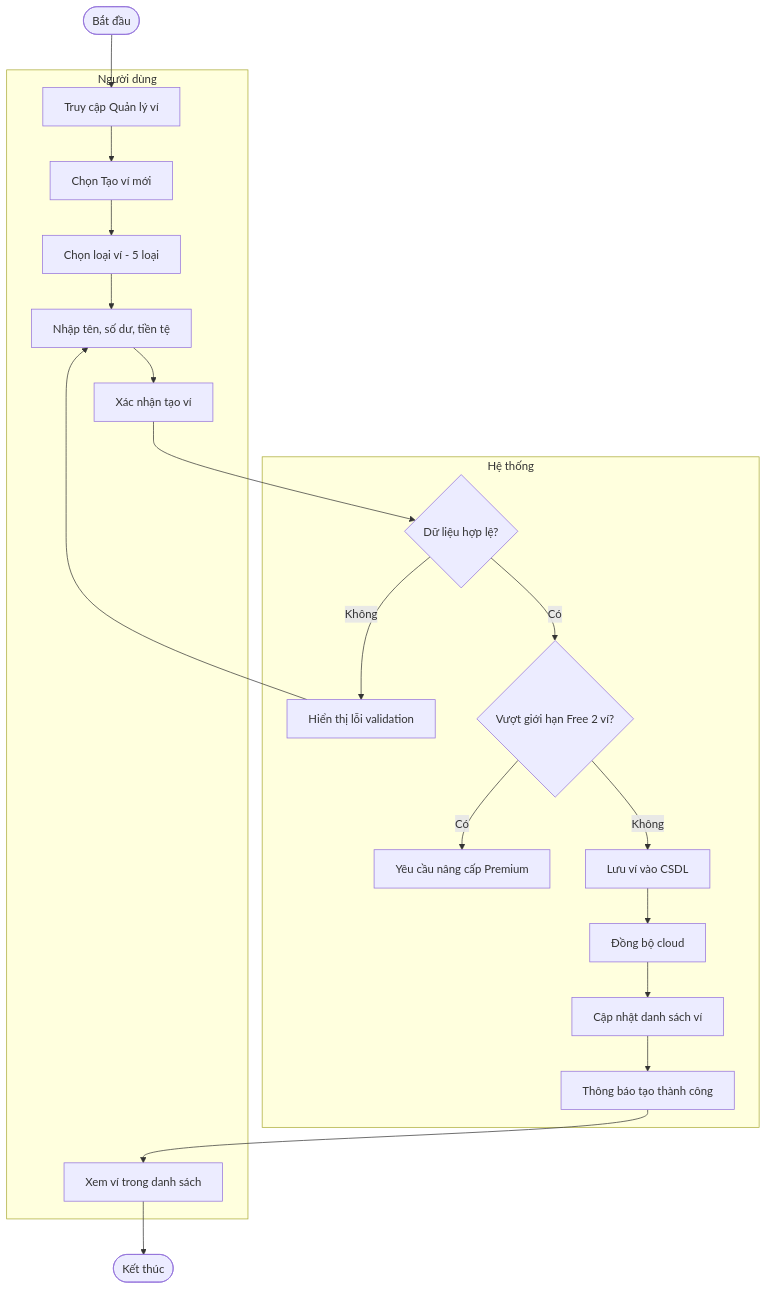
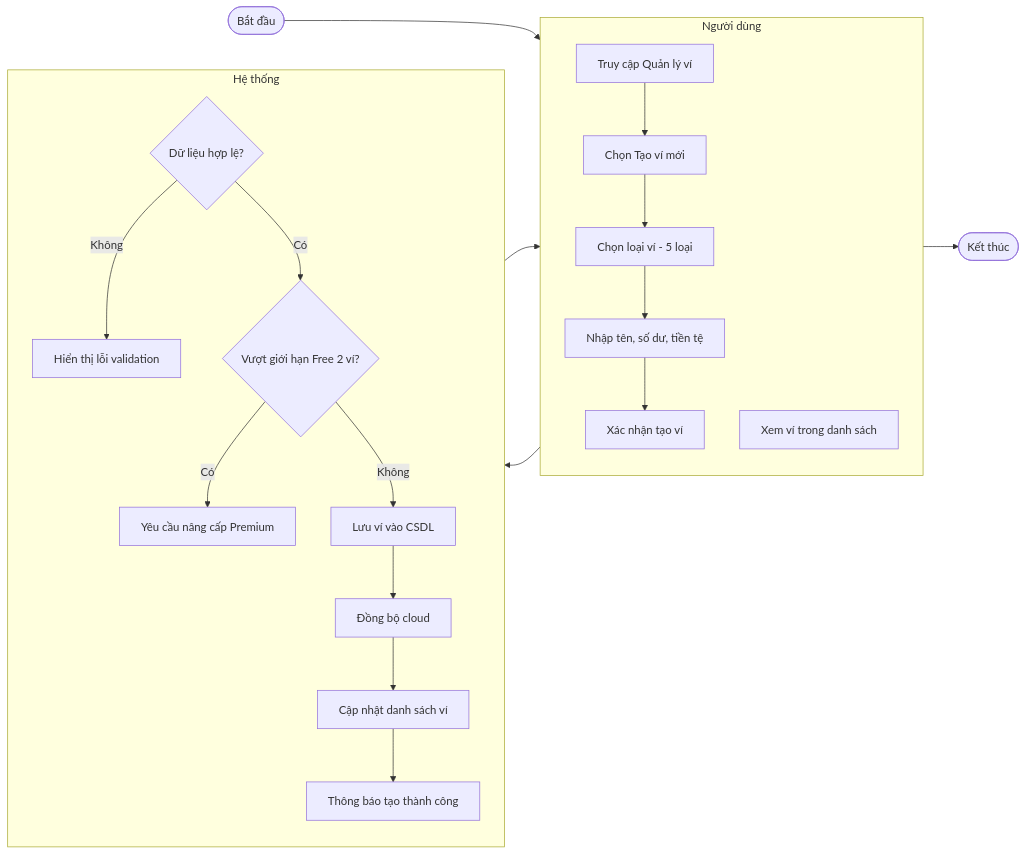
Before and after one commit to Hieu-vn/Graduation-Thesis: the third of 10 diagrams in Nghiên cứu MISA MoneyKeeper.md, drawn with Mermaid. The commit also changed other lines of this file, not shown here.

````diff
--- a/Nghiên cứu MISA MoneyKeeper.md
+++ b/Nghiên cứu MISA MoneyKeeper.md
@@ -135,42 +139,44 @@
 ```mermaid
-flowchart TD
+flowchart LR
     A([Bắt đầu])
 
     subgraph NguoiDung["Người dùng"]
+        direction TB
         B[Truy cập Quản lý ví]
         C[Chọn Tạo ví mới]
         D[Chọn loại ví - 5 loại]
         E[Nhập tên, số dư, tiền tệ]
         F[Xác nhận tạo ví]
         L[Xem ví trong danh sách]
     end
 
     subgraph HeThong["Hệ thống"]
+        direction TB
         G{Dữ liệu hợp lệ?}
         G2[Hiển thị lỗi validation]
         H{Vượt giới hạn Free 2 ví?}
         H2[Yêu cầu nâng cấp Premium]
         I[Lưu ví vào CSDL]
         J[Đồng bộ cloud]
         K[Cập nhật danh sách ví]
         K2[Thông báo tạo thành công]
     end
 
     M([Kết thúc])
 
     A --> B
     B --> C
     C --> D
     D --> E
     E --> F
     F --> G
-    G -->|Không| G2 --> E
+    G -->|Không| G2
     G -->|Có| H
     H -->|Có| H2
     H -->|Không| I
     I --> J
     J --> K
     K --> K2
     K2 --> L
     L --> M
 ```
````
